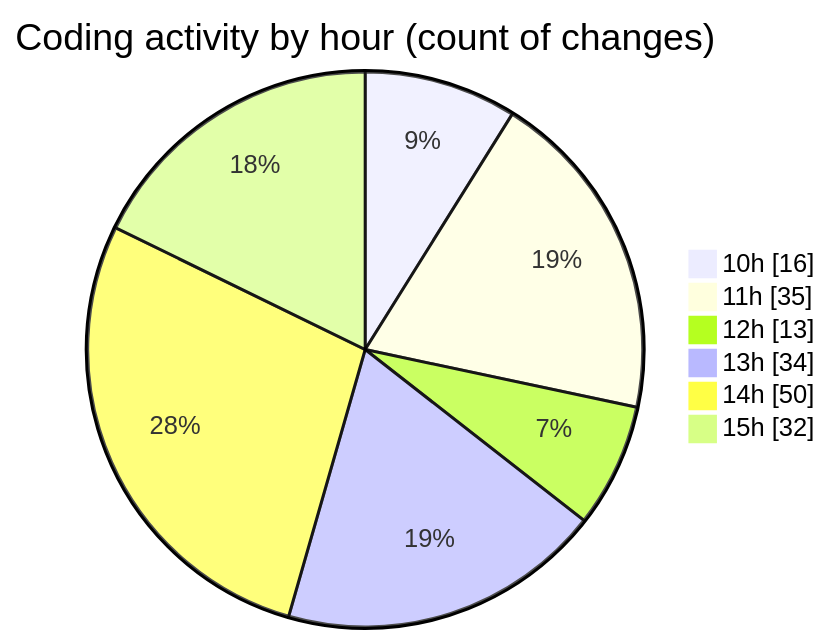
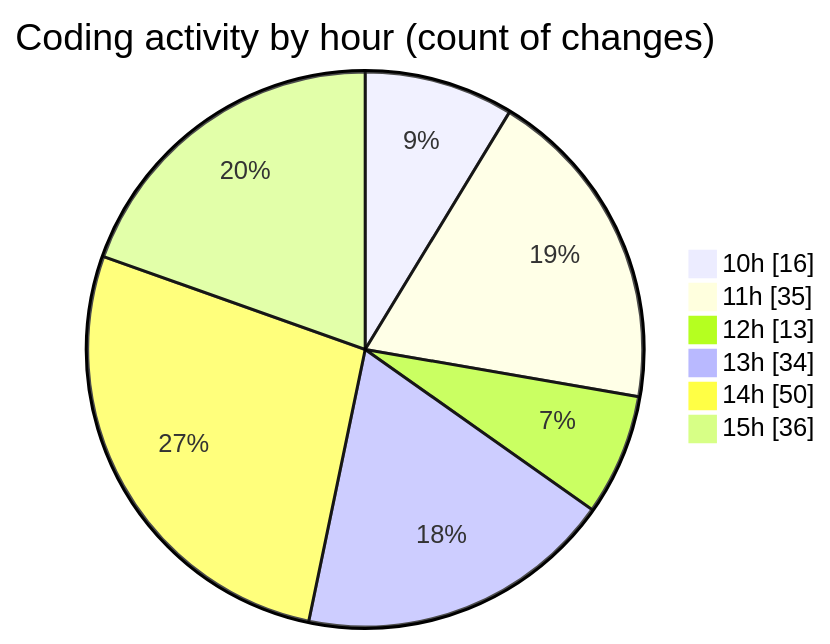
The second of 2 diagrams in 2025-02-20/micros/README.md (charlie-sans/code-tracking), drawn with Mermaid before and after one commit. The commit also changed other lines of this file and 1 other file, not shown here.

````diff
--- a/2025-02-20/micros/README.md
+++ b/2025-02-20/micros/README.md
@@ -60,10 +60,10 @@
 ```mermaid
 pie showData
 title Coding activity by hour (count of changes)
 "10h" : 16
 "11h" : 35
 "12h" : 13
 "13h" : 34
 "14h" : 50
-"15h" : 32
+"15h" : 36
 ```
````
